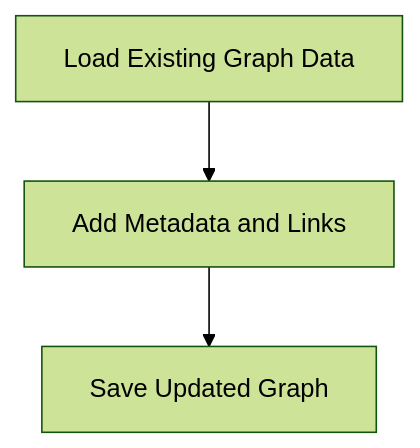
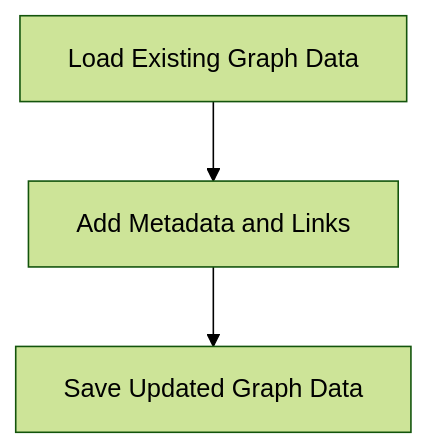
The diagram in docs/workflows/graph-enrichment.md (mmethodz/dreamgraph), drawn with Mermaid (forest theme) before and after one commit. The commit also changed other lines of this file and 238 other files, not shown here.

````diff
--- a/docs/workflows/graph-enrichment.md
+++ b/docs/workflows/graph-enrichment.md
@@ -10,8 +10,8 @@
 ```mermaid
 flowchart TD
     S1["Load Existing Graph Data"]
     S2["Add Metadata and Links"]
     S1 --> S2
-    S3["Save Updated Graph"]
+    S3["Save Updated Graph Data"]
     S2 --> S3
 ```
````
